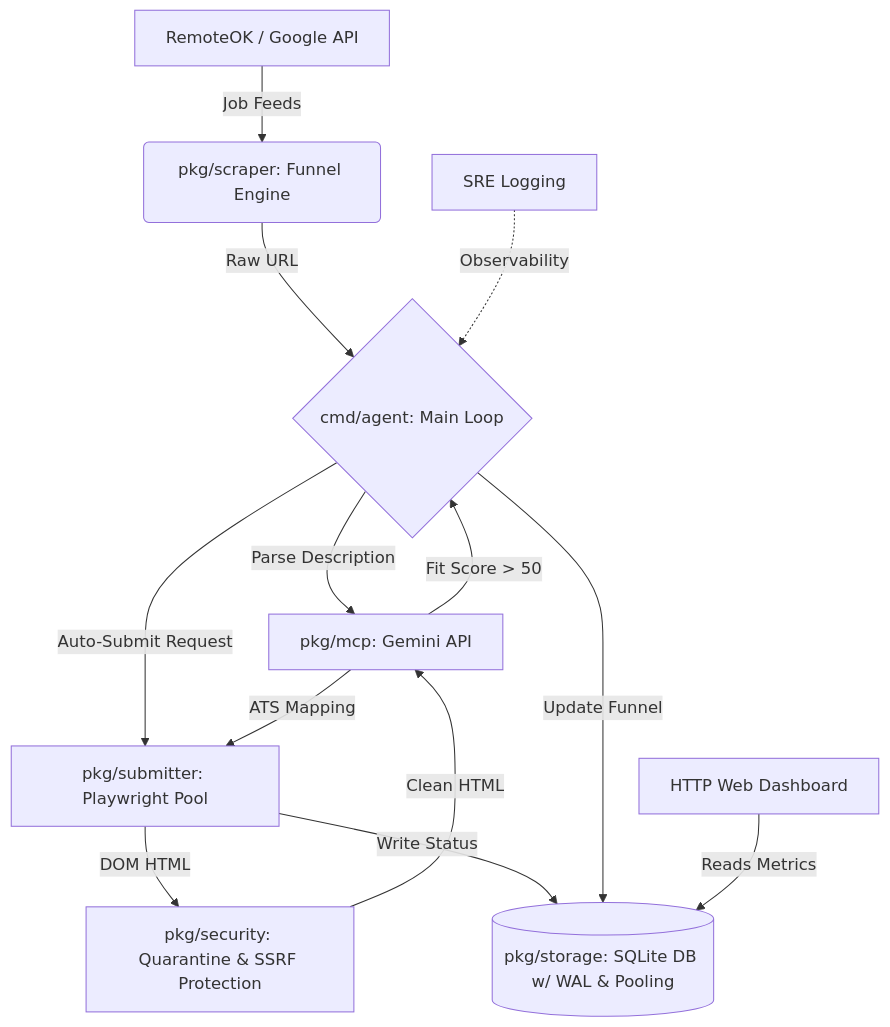
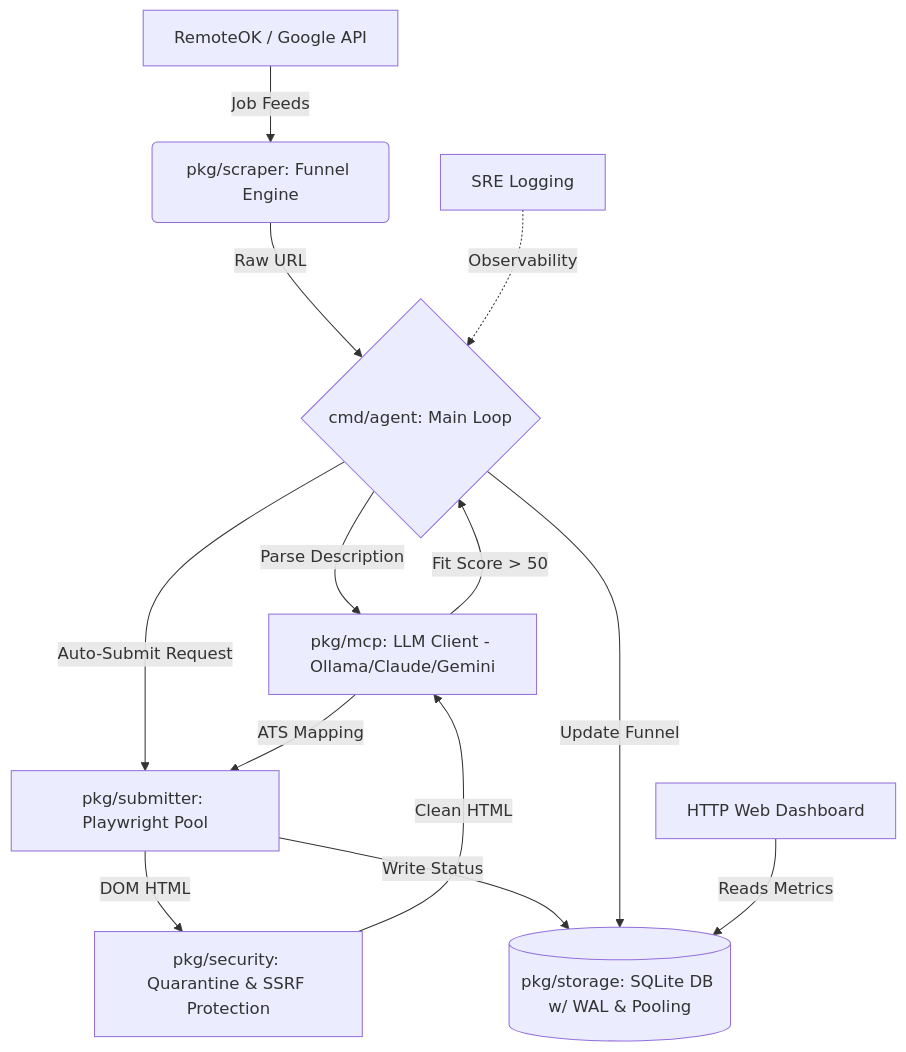
The diagram in README.md (howlcipher/Career_Agent_Core), drawn with Mermaid before and after one commit. The commit also changed other lines of this file and 1 other file, not shown here.

````diff
--- a/README.md
+++ b/README.md
@@ -30,19 +30,19 @@
 ```mermaid
 graph TD
     A[RemoteOK / Google API] -->|Job Feeds| B(pkg/scraper: Funnel Engine)
     B -->|Raw URL| C{cmd/agent: Main Loop}
     
-    C -->|Parse Description| D[pkg/mcp: Gemini API]
+    C -->|Parse Description| D[pkg/mcp: LLM Client - Ollama/Claude/Gemini]
     D -->|Fit Score > 50| C
     
     C -->|Auto-Submit Request| E[pkg/submitter: Playwright Pool]
     E -->|DOM HTML| F[pkg/security: Quarantine & SSRF Protection]
     F -->|Clean HTML| D
     D -->|ATS Mapping| E
     
     E -->|Write Status| G[(pkg/storage: SQLite DB w/ WAL & Pooling)]
     C -->|Update Funnel| G
     
     H[HTTP Web Dashboard] -->|Reads Metrics| G
     I[SRE Logging] -.->|Observability| C
 ```
````
